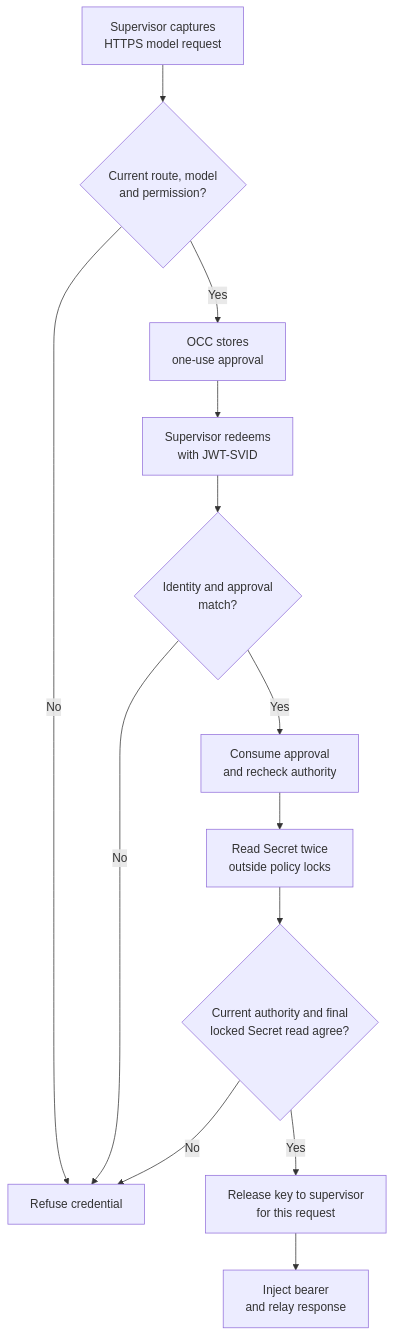
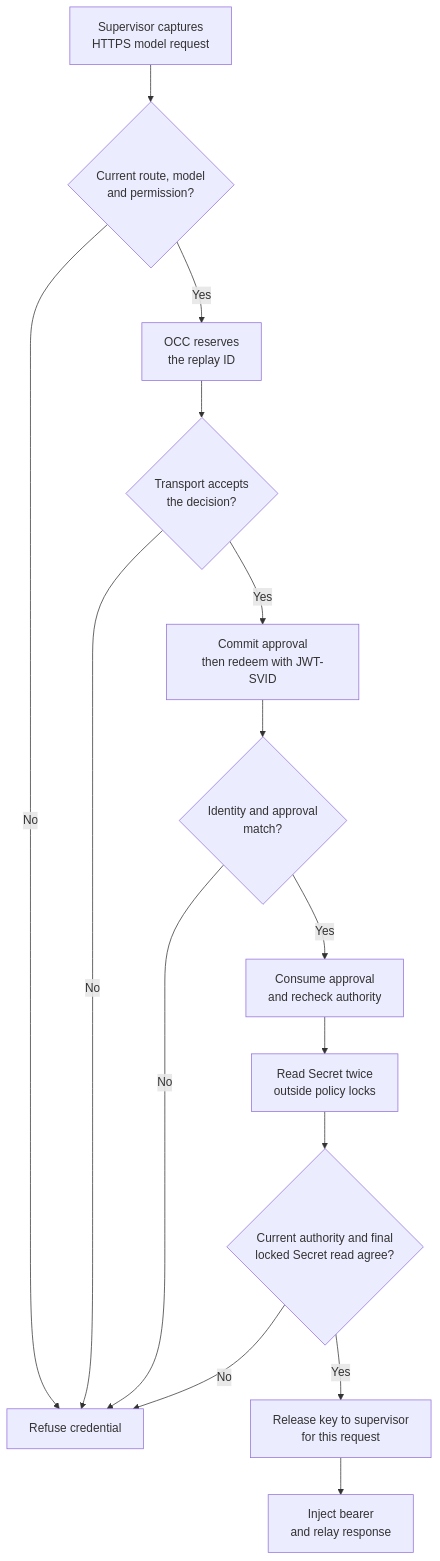
Before and after one commit to openclaw/openclaw-enterprise: the diagram in docs/flows/credential-source-egress/model-requests.md, drawn with Mermaid. The commit also changed other lines of this file and 19 other files, not shown here.

````diff
--- a/docs/flows/credential-source-egress/model-requests.md
+++ b/docs/flows/credential-source-egress/model-requests.md
@@ -33,15 +33,17 @@
 ```mermaid
 graph TD
   A["Supervisor captures<br/>HTTPS model request"] --> B{"Current route, model<br/>and permission?"}
   B -->|No| X["Refuse credential"]
-  B -->|Yes| C["OCC stores<br/>one-use approval"]
-  C --> D["Supervisor redeems<br/>with JWT-SVID"]
+  B -->|Yes| C["OCC reserves<br/>the replay ID"]
+  C --> K{"Transport accepts<br/>the decision?"}
+  K -->|No| X
+  K -->|Yes| D["Commit approval<br/>then redeem with JWT-SVID"]
   D --> E{"Identity and approval<br/>match?"}
   E -->|No| X
   E -->|Yes| F["Consume approval<br/>and recheck authority"]
   F --> G["Read Secret twice<br/>outside policy locks"]
   G --> H{"Current authority and final<br/>locked Secret read agree?"}
   H -->|No| X
   H -->|Yes| I["Release key to supervisor<br/>for this request"]
   I --> J["Inject bearer<br/>and relay response"]
 ```
````
